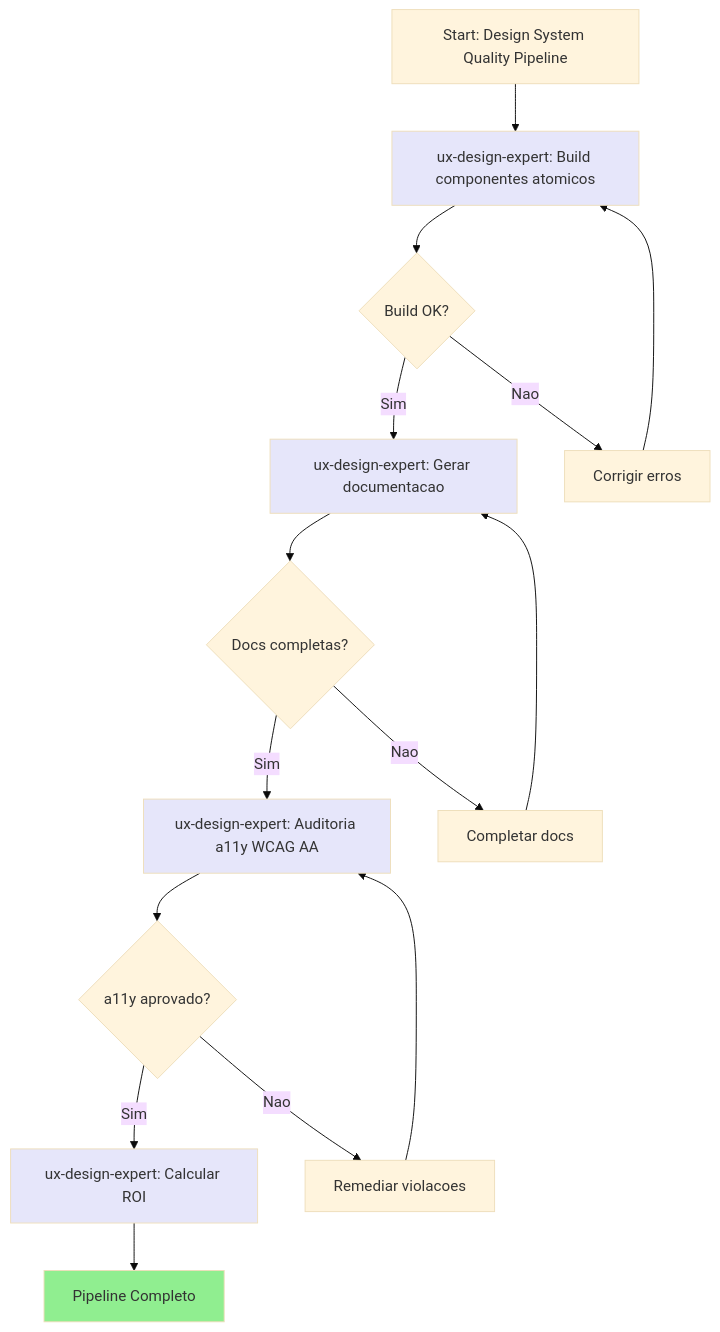
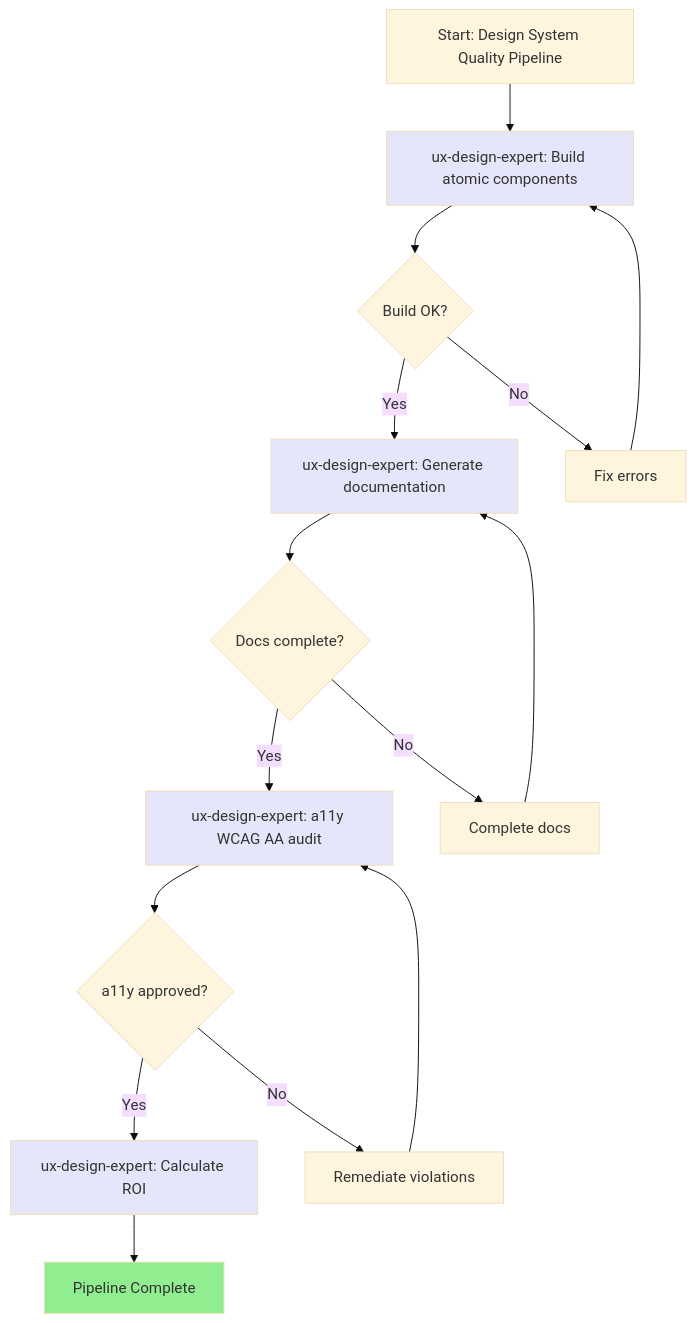
One commit to CyryxLabs/AEXOS changed the sixth of 7 diagrams in docs/aexos-agent-flows/ux-design-expert-system.md. Above: the diagram before and after it, drawn with Mermaid (base theme). The commit also changed other lines of this file and 528 other files, not shown here.

````diff
--- a/docs/aexos-agent-flows/ux-design-expert-system.md
+++ b/docs/aexos-agent-flows/ux-design-expert-system.md
@@ -583,26 +583,26 @@
 ```mermaid
 graph TD
-    A["Start: Design System Quality Pipeline"] --> B["ux-design-expert: Build componentes atomicos"]
+    A["Start: Design System Quality Pipeline"] --> B["ux-design-expert: Build atomic components"]
     B --> C{Build OK?}
-    C -->|Sim| D["ux-design-expert: Gerar documentacao"]
-    C -->|Nao| E["Corrigir erros"]
+    C -->|Yes| D["ux-design-expert: Generate documentation"]
+    C -->|No| E["Fix errors"]
     E --> B
 
-    D --> F{Docs completas?}
-    F -->|Sim| G["ux-design-expert: Auditoria a11y WCAG AA"]
-    F -->|Nao| H["Completar docs"]
+    D --> F{Docs complete?}
+    F -->|Yes| G["ux-design-expert: a11y WCAG AA audit"]
+    F -->|No| H["Complete docs"]
     H --> D
 
-    G --> I{a11y aprovado?}
-    I -->|Sim| J["ux-design-expert: Calcular ROI"]
-    I -->|Nao| K["Remediar violacoes"]
+    G --> I{a11y approved?}
+    I -->|Yes| J["ux-design-expert: Calculate ROI"]
+    I -->|No| K["Remediate violations"]
     K --> G
 
-    J --> L["Pipeline Completo"]
+    J --> L["Pipeline Complete"]
 
     style L fill:#90EE90
     style B fill:#E6E6FA
     style D fill:#E6E6FA
     style G fill:#E6E6FA
     style J fill:#E6E6FA
 ```
````
